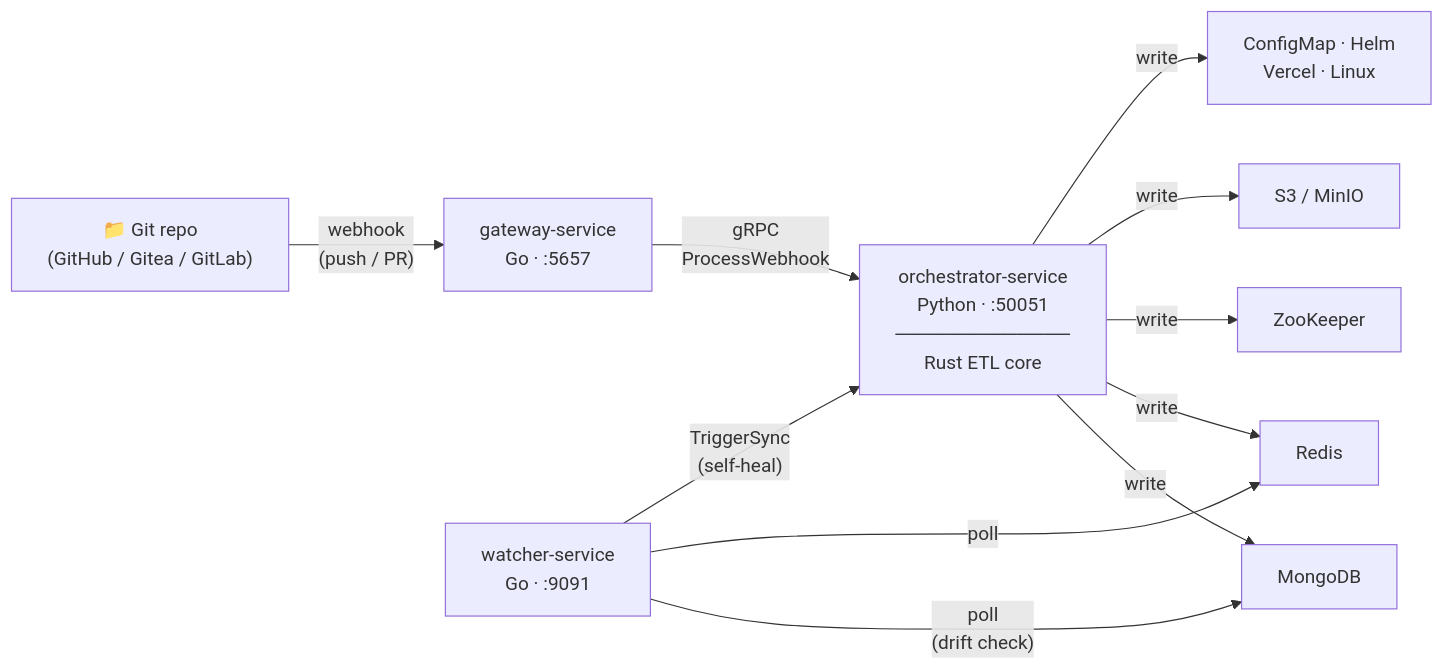
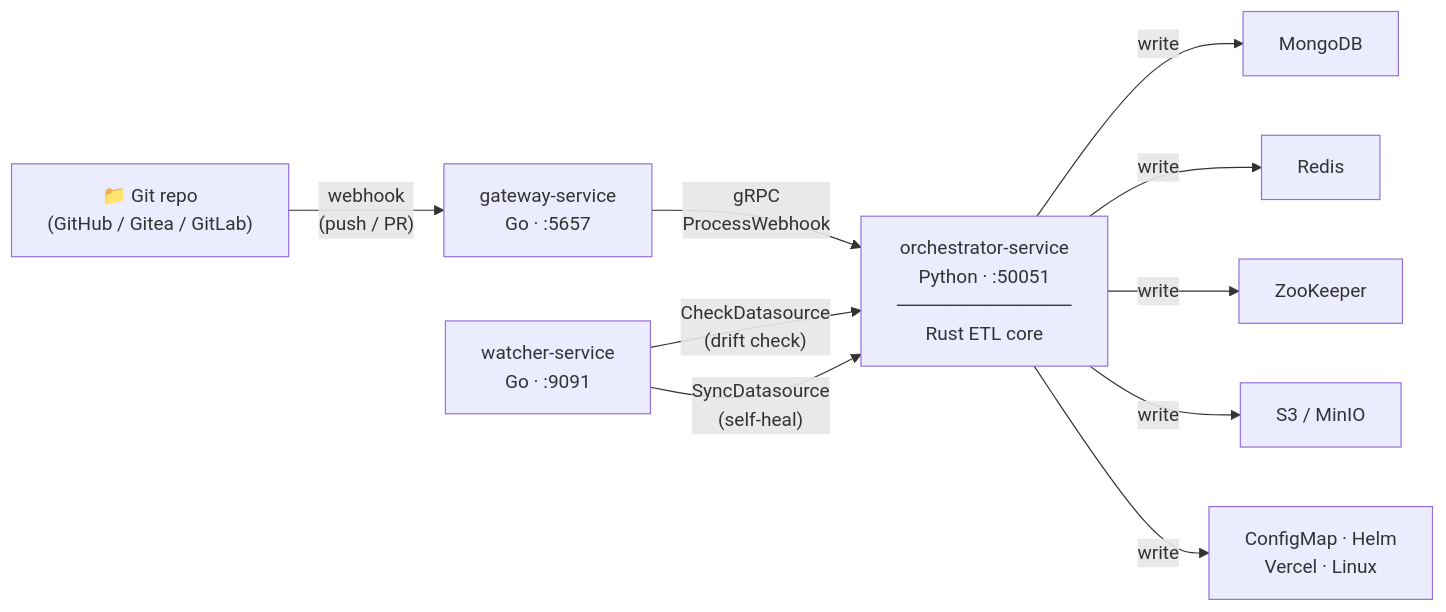
Before and after one commit to jarin-devoss/varTrack: the diagram in docs/index.md, drawn with Mermaid. The commit also changed other lines of this file and 38 other files, not shown here.

````diff
--- a/docs/index.md
+++ b/docs/index.md
@@ -140,20 +140,19 @@
 ```mermaid
 flowchart LR
     GIT["📁 Git repo\n(GitHub / Gitea / GitLab)"]
     GW["gateway-service\nGo · :5657"]
     ORCH["orchestrator-service\nPython · :50051\n─────────────\nRust ETL core"]
     WATCH["watcher-service\nGo · :9091"]
 
     GIT -->|"webhook\n(push / PR)"| GW
     GW -->|"gRPC\nProcessWebhook"| ORCH
 
     ORCH -->|write| MONGO["MongoDB"]
     ORCH -->|write| REDIS["Redis"]
     ORCH -->|write| ZK["ZooKeeper"]
     ORCH -->|write| S3["S3 / MinIO"]
     ORCH -->|write| OTHER["ConfigMap · Helm\nVercel · Linux"]
 
-    WATCH -->|"poll\n(drift check)"| MONGO
-    WATCH -->|"poll"| REDIS
-    WATCH -->|"TriggerSync\n(self-heal)"| ORCH
+    WATCH -->|"CheckDatasource\n(drift check)"| ORCH
+    WATCH -->|"SyncDatasource\n(self-heal)"| ORCH
 ```
````
